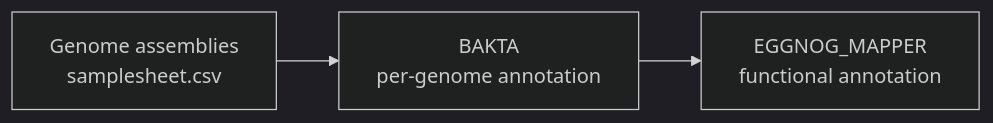
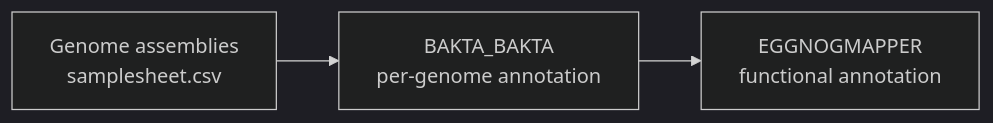
Before and after one commit to andreassag/janus: the diagram in docs/index.md, drawn with Mermaid (dark theme). The commit also changed 50 other files, not shown here.

````diff
--- a/docs/index.md
+++ b/docs/index.md
@@ -10,5 +10,5 @@
 ```mermaid
 graph LR
-    A[Genome assemblies<br/>samplesheet.csv] --> B[BAKTA<br/>per-genome annotation]
-    B --> C[EGGNOG_MAPPER<br/>functional annotation]
+    A[Genome assemblies<br/>samplesheet.csv] --> B[BAKTA_BAKTA<br/>per-genome annotation]
+    B --> C[EGGNOGMAPPER<br/>functional annotation]
 ```
````
